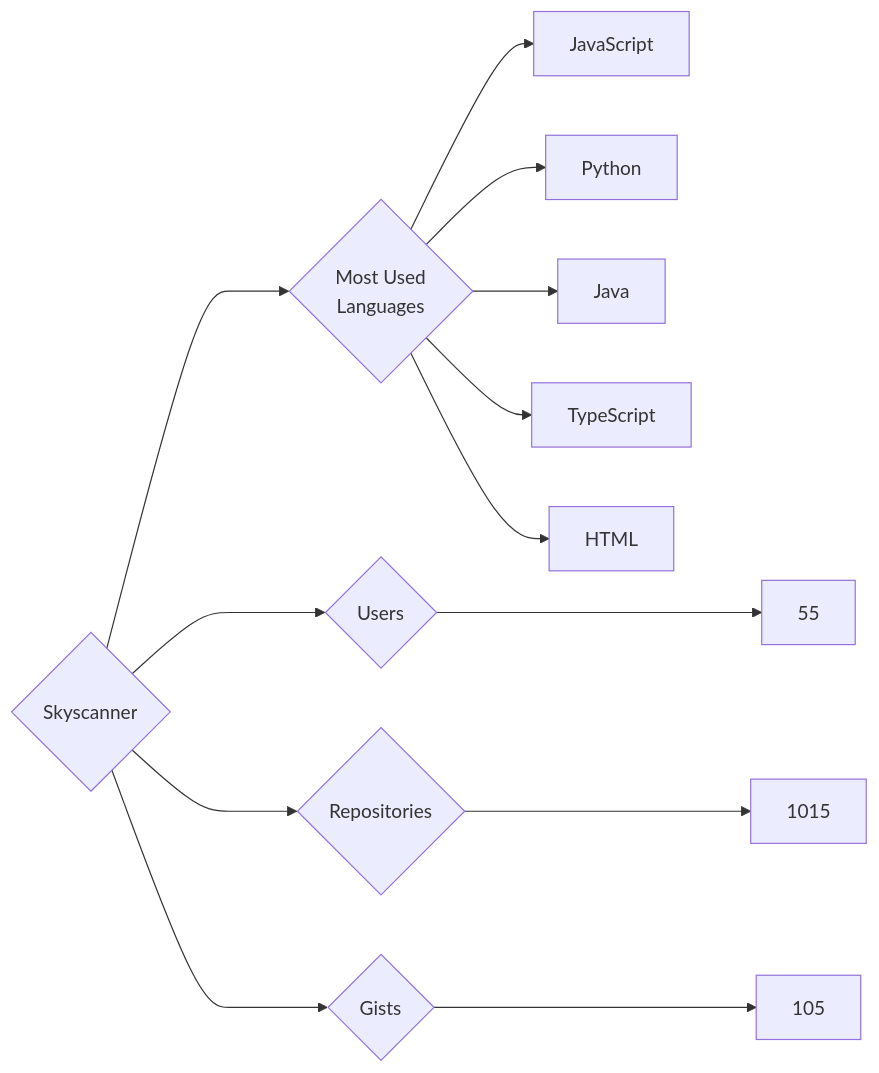
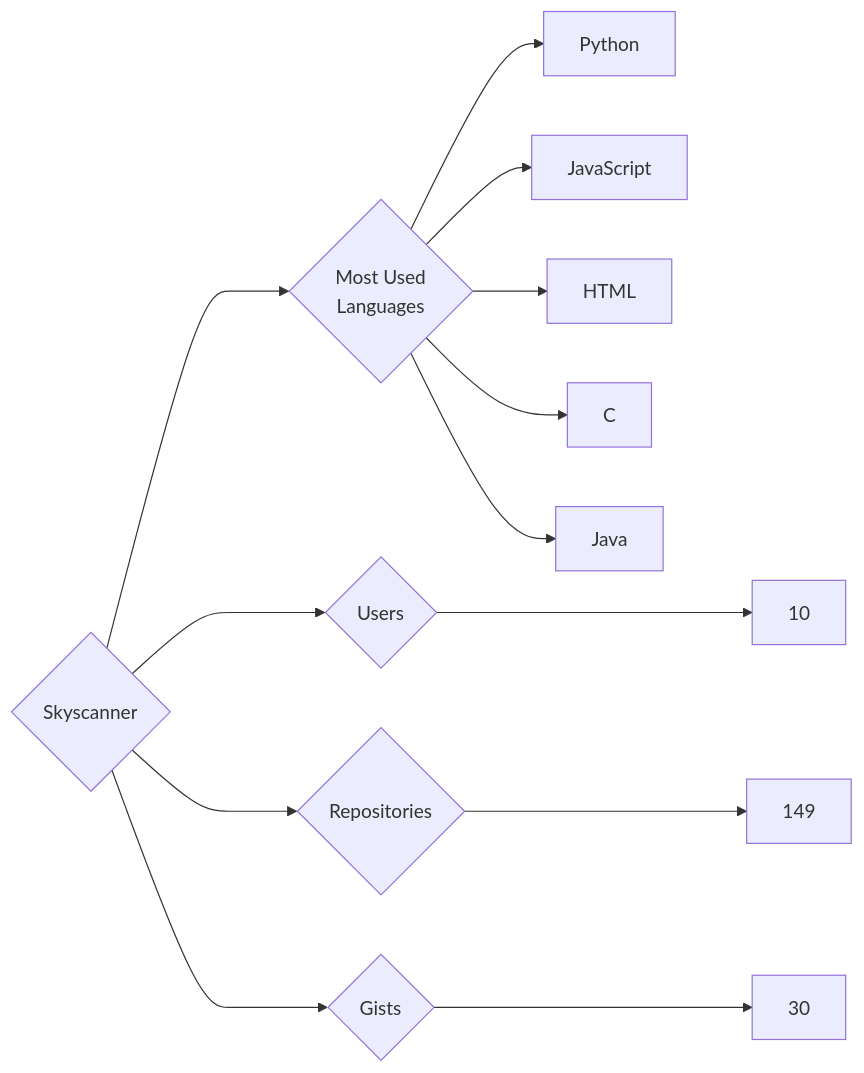
Before and after one commit to trickest/insiders: the diagram in targets/Skyscanner/README.md, drawn with Mermaid. The commit also changed 964 other files, not shown here.

````diff
--- a/targets/Skyscanner/README.md
+++ b/targets/Skyscanner/README.md
@@ -3,13 +3,13 @@
 ```mermaid
 graph LR
 COMPANY_NAME{Skyscanner}
-COMPANY_NAME ---> U{Users} ---> UN[55]
-COMPANY_NAME ---> R{Repositories} ---> RN[1015]
-COMPANY_NAME ---> G{Gists} ---> GN[105]
+COMPANY_NAME ---> U{Users} ---> UN[10]
+COMPANY_NAME ---> R{Repositories} ---> RN[149]
+COMPANY_NAME ---> G{Gists} ---> GN[30]
 COMPANY_NAME ---> ML{Most Used<br>Languages}
+ML --> Python[Python]
 ML --> JavaScript[JavaScript]
-ML --> Python[Python]
+ML --> HTML[HTML]
+ML --> C[C]
 ML --> Java[Java]
-ML --> TypeScript[TypeScript]
-ML --> HTML[HTML]
 ```
````
